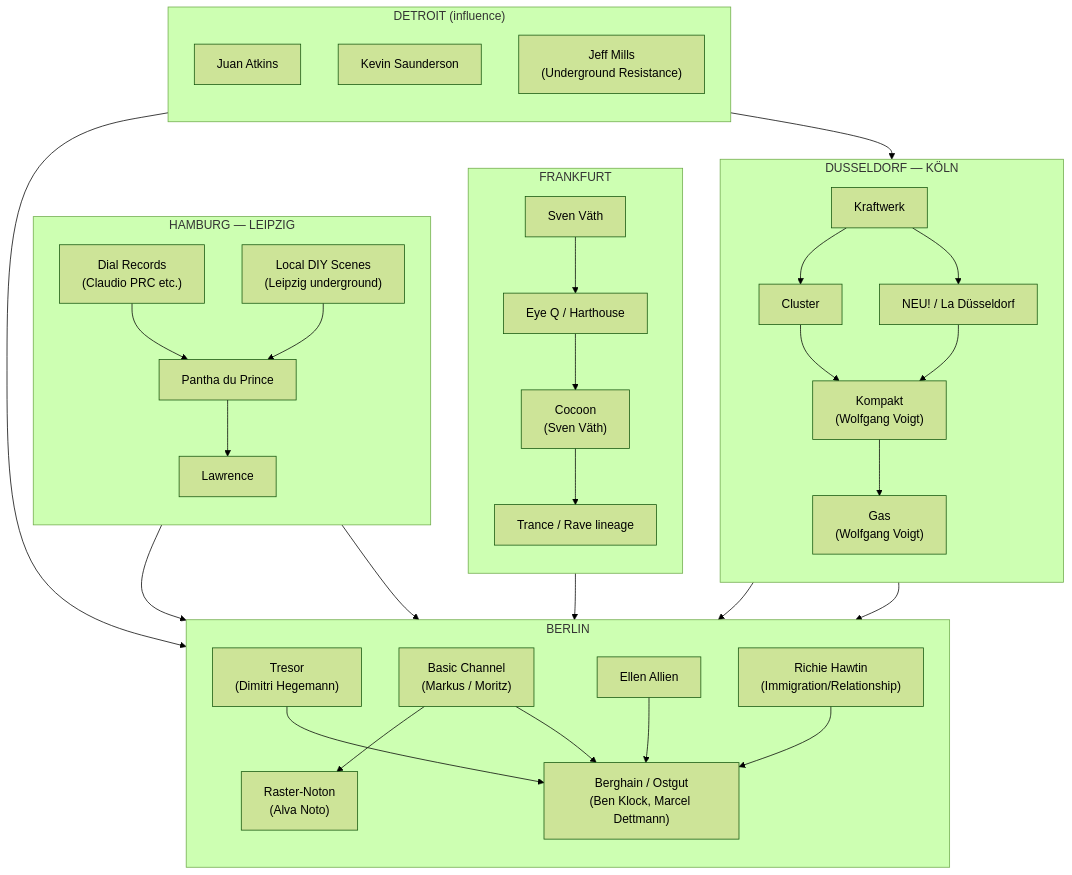
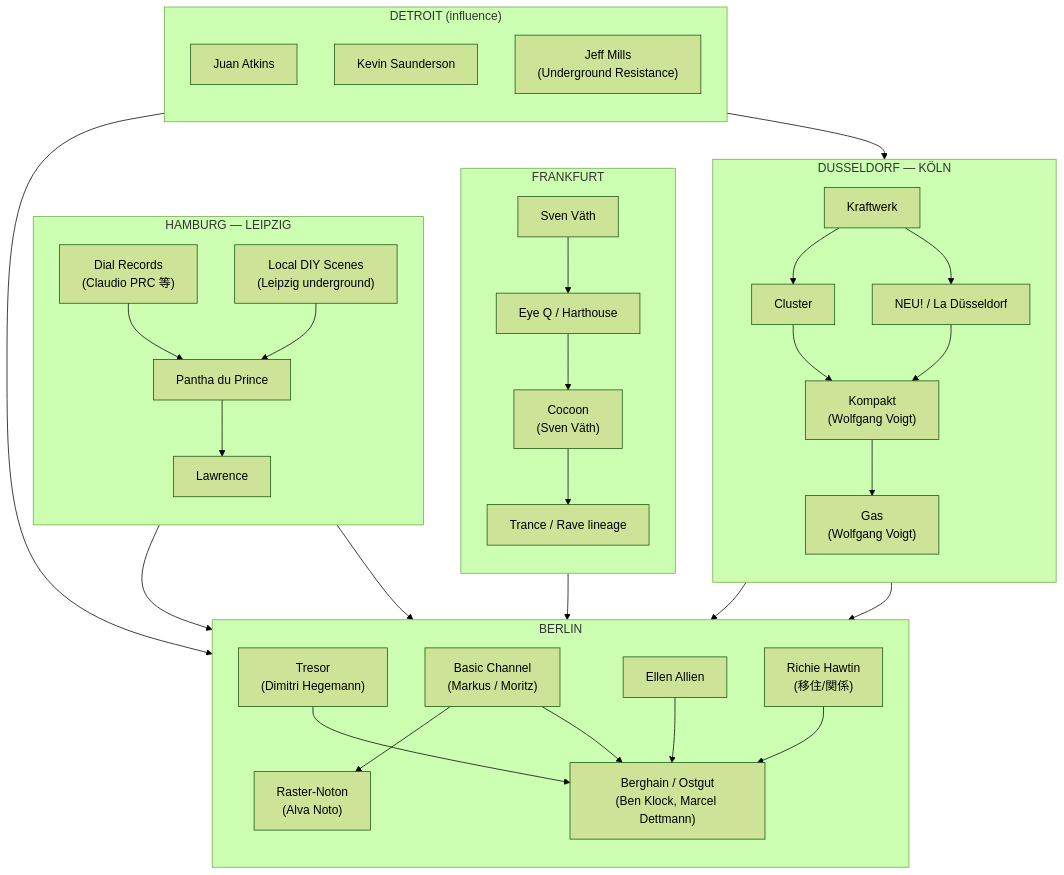
The second of 2 diagrams in en/_posts/2025-10-17-column-german-techno-areas.md (monumental-movement/monumental-movement.github.io), drawn with Mermaid (forest theme) before and after one commit. The commit also changed other lines of this file and 2196 other files, not shown here.

```diff
--- a/en/_posts/2025-10-17-column-german-techno-areas.md
+++ b/en/_posts/2025-10-17-column-german-techno-areas.md
@@ -247,7 +246,7 @@
 <div class="mermaid">
 
 flowchart TD
-  %% --- Subgraph: Berlin ---
+  %% --- サブグラフ：ベルリン ---
   subgraph BERLIN["BERLIN"]
     direction TB
     B1["Tresor<br/>(Dimitri Hegemann)"]
@@ -255,10 +254,10 @@
     B3["Raster-Noton<br/>(Alva Noto)"]
     B4["Berghain / Ostgut<br/>(Ben Klock, Marcel Dettmann)"]
     B5["Ellen Allien"]
-    B6["Richie Hawtin<br/>(Immigration/Relationship)"]
+    B6["Richie Hawtin<br/>(移住/関係)"]
   end
 
-  %% --- Subgraph: Düsseldorf-Cologne ---
+  %% --- サブグラフ：デュッセルドルフ〜ケルン ---
   subgraph RHINE["DUSSELDORF — KÖLN"]
     direction TB
     C1["Kraftwerk"]
@@ -268,7 +267,7 @@
     C5["Gas<br/>(Wolfgang Voigt)"]
   end
 
-  %% --- Subgraph: Frankfurt ---
+  %% --- サブグラフ：フランクフルト ---
   subgraph FRANKFURT["FRANKFURT"]
     direction TB
     F1["Sven Väth"]
@@ -277,16 +276,16 @@
     F4["Trance / Rave lineage"]
   end
 
-  %% --- Subgraph: Hamburg-Leipzig ---
+  %% --- サブグラフ：ハンブルク〜ライプツィヒ ---
   subgraph NORTH["HAMBURG — LEIPZIG"]
     direction TB
-    H1["Dial Records<br/>(Claudio PRC etc.)"]
+    H1["Dial Records<br/>(Claudio PRC 等)"]
     H2["Pantha du Prince"]
     H3["Local DIY Scenes<br/>(Leipzig underground)"]
     H4["Lawrence"]
   end
 
-  %% --- External influences (Detroit) ---
+  %% --- 外的影響（デトロイト） ---
   subgraph DETROIT["DETROIT (influence)"]
     direction TB
     D1["Juan Atkins"]
@@ -294,7 +293,7 @@
     D3["Jeff Mills<br/>(Underground Resistance)"]
   end
 
-  %% --- Arrow (Influence/Genealogy) ---
+  %% --- 矢印（影響 / 系譜） ---
   %% Berlin internal
   B1 --> B4
   B2 --> B3
```
